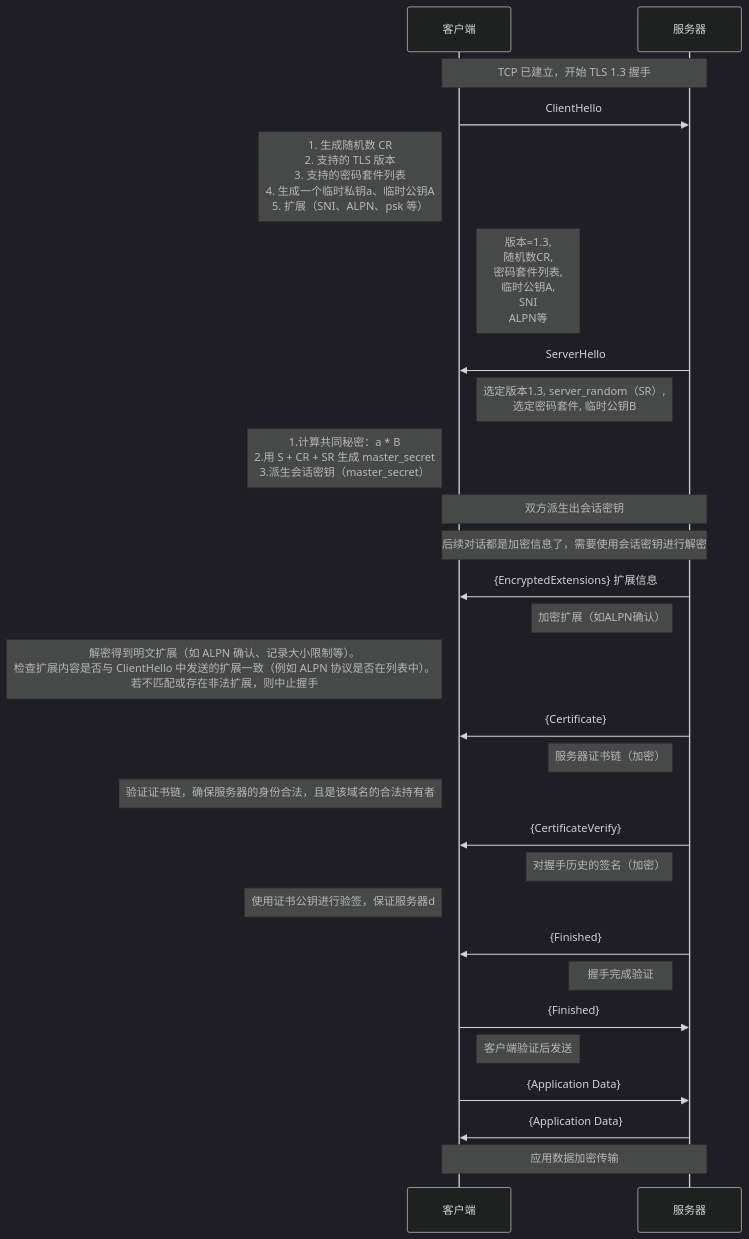
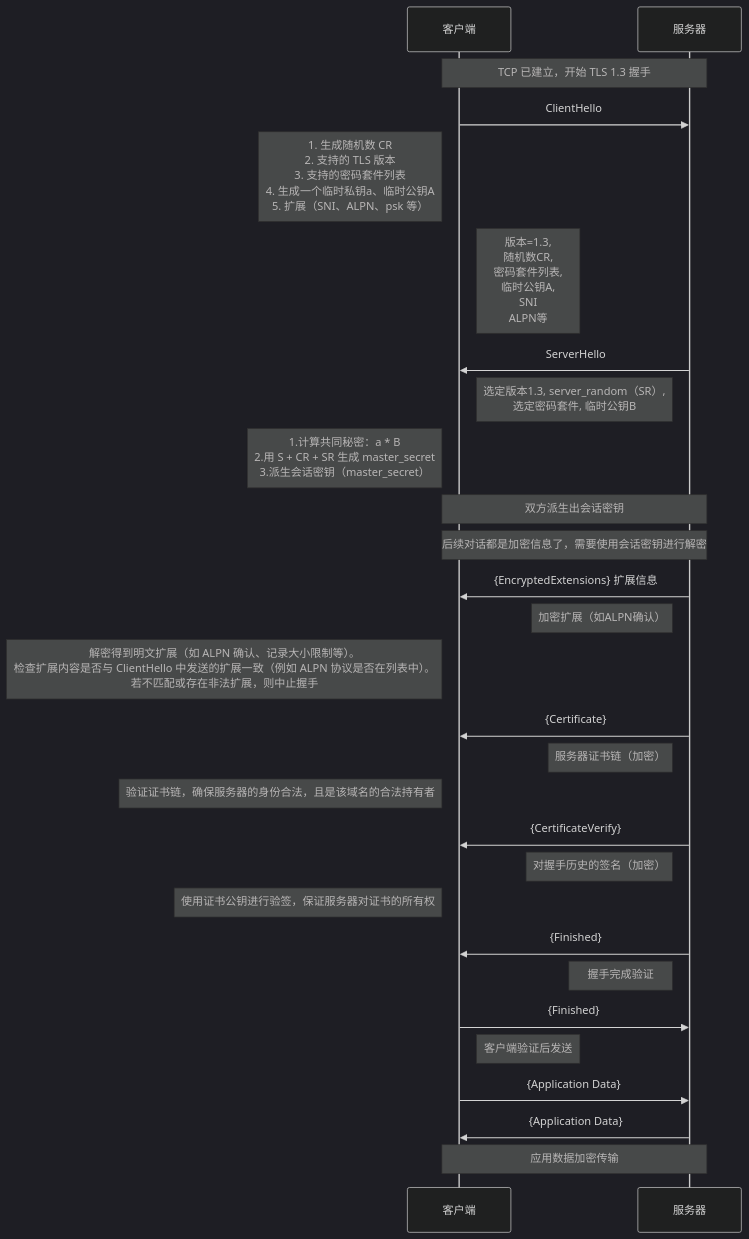
One commit to HY-10-8/iodraw-files changed the diagram in all/TLS-1.3-通用.md. Above: the diagram before and after it, drawn with Mermaid (dark theme).

Commit message:
2026-03-30 18:58:02 update

````diff
--- a/all/TLS-1.3-通用.md
+++ b/all/TLS-1.3-通用.md
@@ -1,40 +1,41 @@
 ```mermaid
 sequenceDiagram
     participant C as 客户端
     participant S as 服务器
 
     Note over C,S: TCP 已建立，开始 TLS 1.3 握手
 
     C->>S: ClientHello
     Note left of C: 1. 生成随机数 CR<br/> 2. 支持的 TLS 版本<br/> 3. 支持的密码套件列表<br/> 4. 生成一个临时私钥a、临时公钥A<br/> 5. 扩展（SNI、ALPN、psk 等）
     Note right of C: 版本=1.3,<br/> 随机数CR,<br/> 密码套件列表,<br/> 临时公钥A,<br/> SNI<br/> ALPN等
 
     S->>C: ServerHello
     Note left of S: 选定版本1.3, server_random（SR）,<br/> 选定密码套件, 临时公钥B
     Note left of C: 1.计算共同秘密：a * B<br/> 2.用 S + CR + SR 生成 master_secret<br/> 3.派生会话密钥（master_secret）
 
     Note over C,S: 双方派生出会话密钥
     Note over C,S: 后续对话都是加密信息了，需要使用会话密钥进行解密
 
     S->>C: {EncryptedExtensions} 扩展信息
     Note left of S: 加密扩展（如ALPN确认）
     Note left of C: 解密得到明文扩展（如 ALPN 确认、记录大小限制等）。<br/>检查扩展内容是否与 ClientHello 中发送的扩展一致（例如 ALPN 协议是否在列表中）。<br/> 若不匹配或存在非法扩展，则中止握手
 
     S->>C: {Certificate}
     Note left of S: 服务器证书链（加密）
     Note left of C: 验证证书链，确保服务器的身份合法，且是该域名的合法持有者
 
     S->>C: {CertificateVerify}
     Note left of S: 对握手历史的签名（加密）
-    Note left of C: 使用证书公钥进行验签，保证服务器d
+    Note left of C: 使用证书公钥进行验签，保证服务器对证书的所有权
 
     S->>C: {Finished}
     Note left of S: 握手完成验证
+    
 
     C->>S: {Finished}
     Note right of C: 客户端验证后发送
 
     C->>S: {Application Data}
     S->>C: {Application Data}
     Note over C,S: 应用数据加密传输
 ```
````
